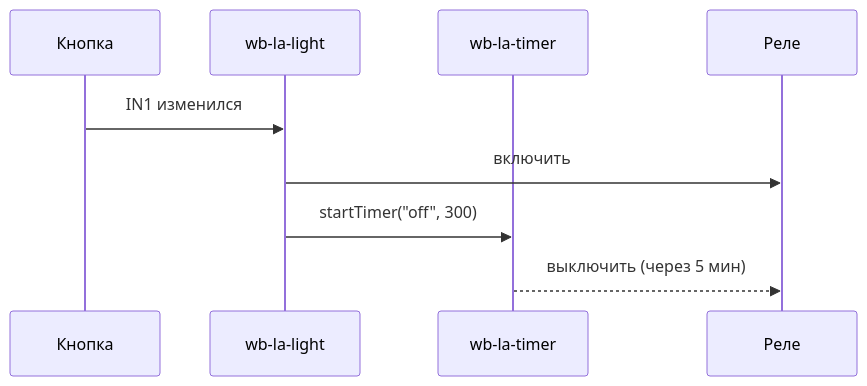
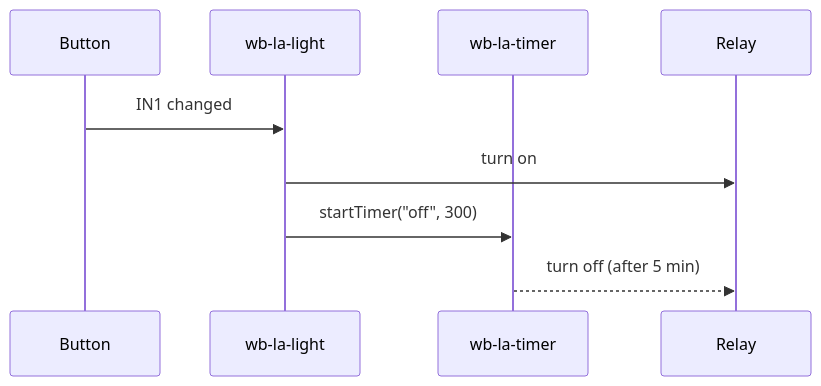
The third of 3 diagrams in skills/bash/diagrams/SKILL.md (wirenboard/wb-ai-skills), drawn with Mermaid before and after one commit. The commit also changed other lines of this file and 62 other files, not shown here.

````diff
--- a/skills/bash/diagrams/SKILL.md
+++ b/skills/bash/diagrams/SKILL.md
@@ -67,12 +67,12 @@
 ```mermaid
 sequenceDiagram
-    participant Кнопка
+    participant Button
     participant wb-la-light
     participant wb-la-timer
-    participant Реле
+    participant Relay
 
-    Кнопка->>wb-la-light: IN1 изменился
-    wb-la-light->>Реле: включить
+    Button->>wb-la-light: IN1 changed
+    wb-la-light->>Relay: turn on
     wb-la-light->>wb-la-timer: startTimer("off", 300)
-    wb-la-timer-->>Реле: выключить (через 5 мин)
+    wb-la-timer-->>Relay: turn off (after 5 min)
 ```
````
